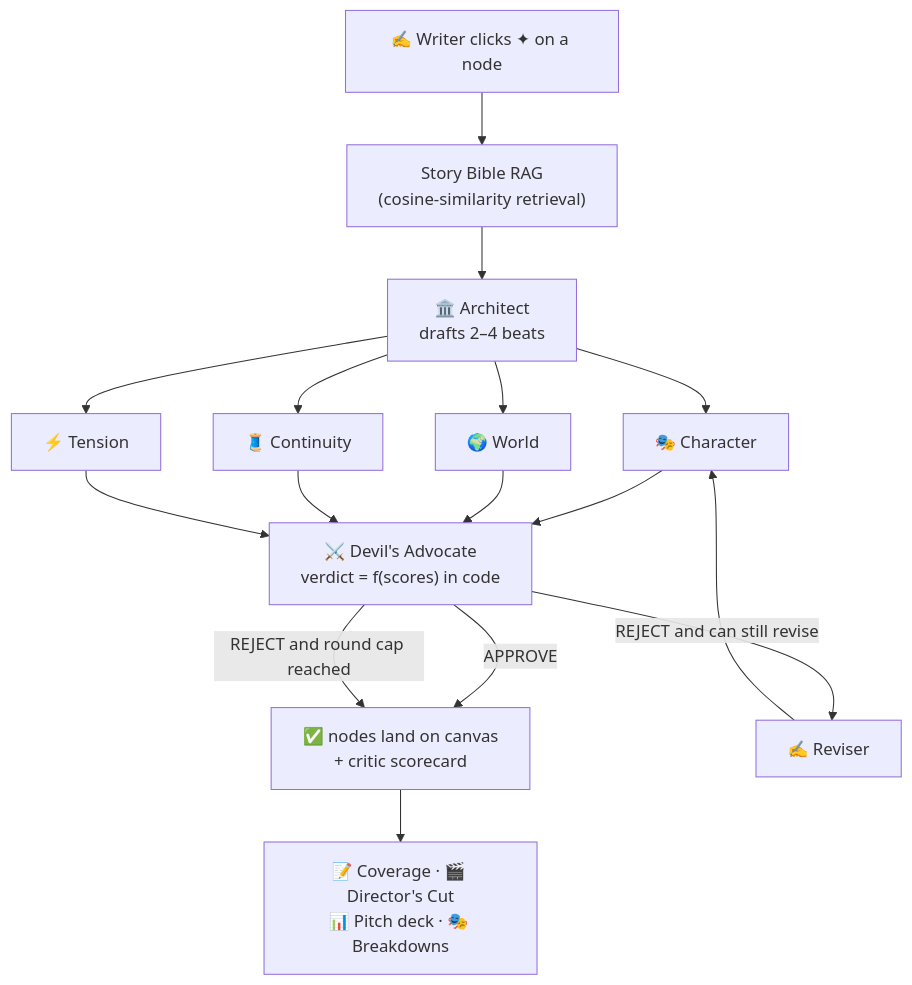
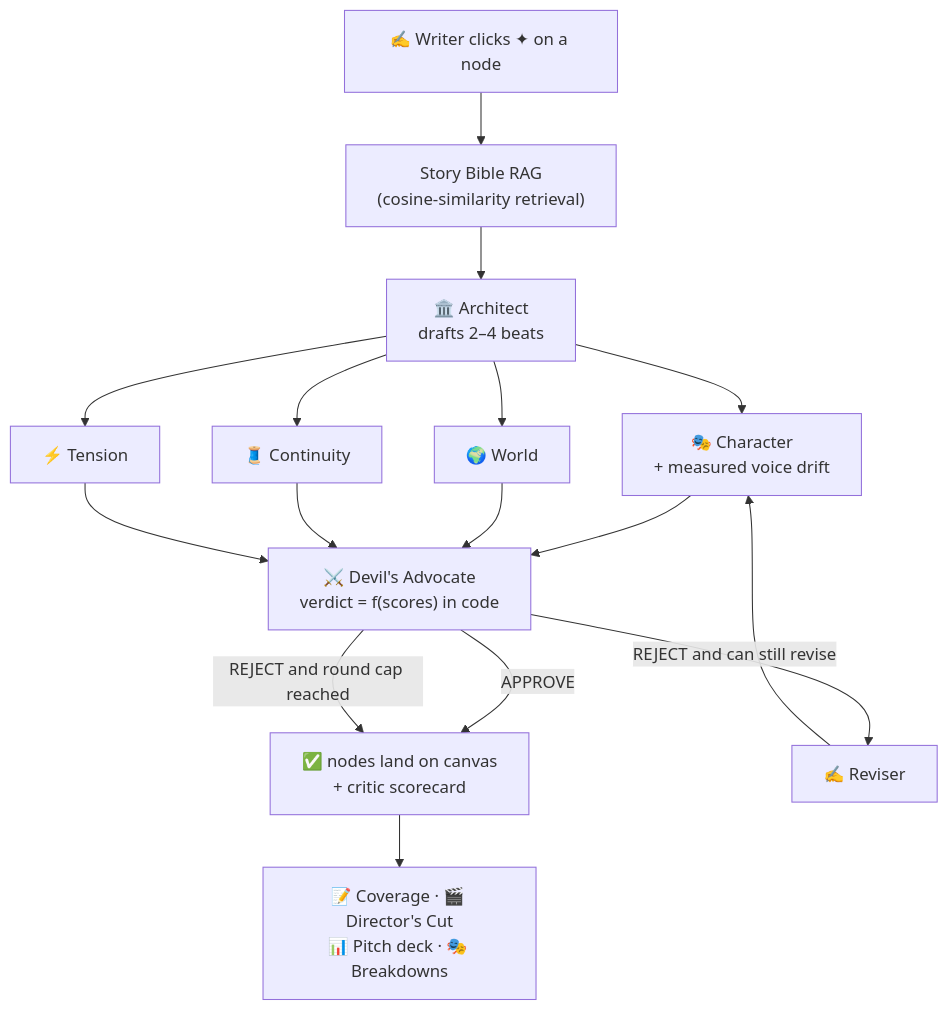
The first of 2 diagrams in README.md (ArpitKumar8649/IBM-Bob), drawn with Mermaid before and after one commit. The commit also changed other lines of this file and 12 other files, not shown here.

````diff
--- a/README.md
+++ b/README.md
@@ -91,15 +109,15 @@
 ```mermaid
 flowchart TD
     U["✍️ Writer clicks ✦ on a node"] --> RAG["Story Bible RAG<br/>(cosine-similarity retrieval)"]
     RAG --> A["🏛️ Architect<br/>drafts 2–4 beats"]
-    A --> C1["🎭 Character"]
+    A --> C1["🎭 Character<br/>+ measured voice drift"]
     A --> C2["🌍 World"]
     A --> C3["🧵 Continuity"]
     A --> C4["⚡ Tension"]
     C1 & C2 & C3 & C4 --> M["⚔️ Devil's Advocate<br/>verdict = f(scores) in code"]
     M -->|APPROVE| OUT["✅ nodes land on canvas<br/>+ critic scorecard"]
     M -->|REJECT and can still revise| RV["✍️ Reviser"]
     RV --> C1
     M -->|REJECT and round cap reached| OUT
     OUT --> EXP["📝 Coverage · 🎬 Director's Cut<br/>📊 Pitch deck · 🎭 Breakdowns"]
 ```
````
